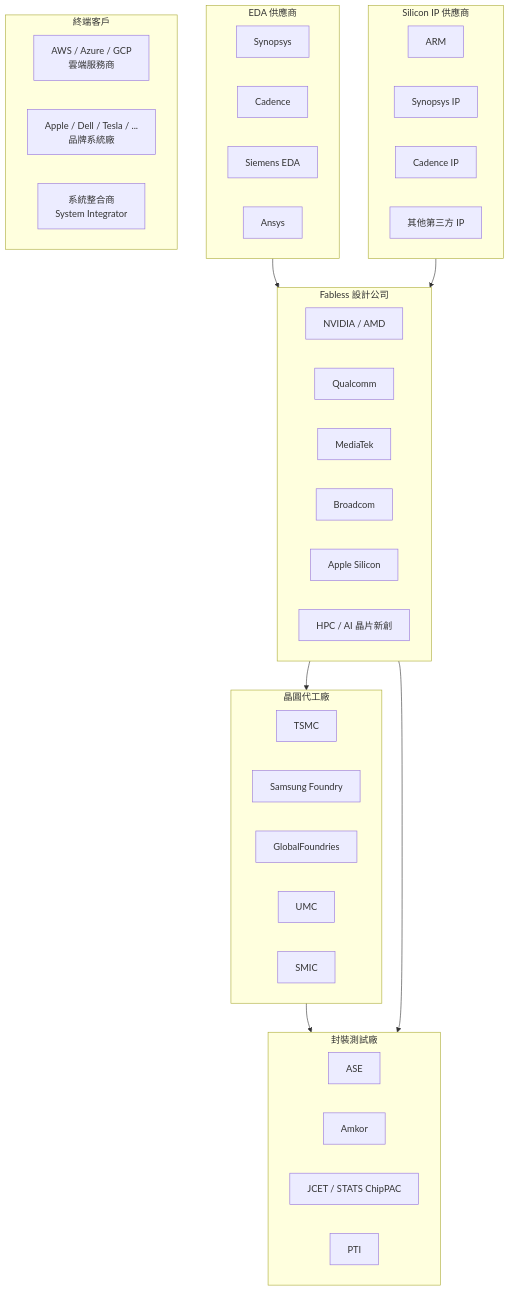
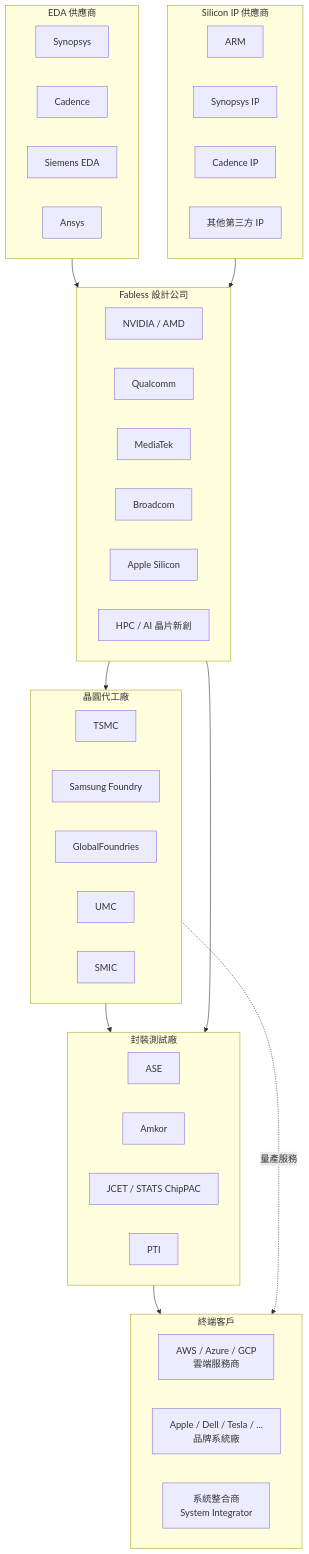
The diagram in README.md (CiCicode/asic-compare), drawn with Mermaid before and after one commit.

````diff
--- a/README.md
+++ b/README.md
@@ -13,52 +13,55 @@
 ```mermaid
 flowchart TB
     subgraph EDA["EDA 供應商"]
         S[Synopsys]
         C[Cadence]
         M[Siemens EDA]
         A[Ansys]
     end
 
     subgraph IP["Silicon IP 供應商"]
         ARM[ARM]
         S_IP[Synopsys IP]
         C_IP[Cadence IP]
         O_IP[其他第三方 IP]
     end
 
     subgraph Fabless["Fabless 設計公司"]
         N[NVIDIA / AMD]
         Q[Qualcomm]
         M_MTK[MediaTek]
         BR[Broadcom]
         AM[Apple Silicon]
         HC[HPC / AI 晶片新創]
     end
 
     subgraph Foundry["晶圓代工廠"]
         TSMC[TSMC]
         S_Foundry[Samsung Foundry]
         GF[GlobalFoundries]
         UMC[UMC]
         SMIC[SMIC]
     end
 
     subgraph OSAT["封裝測試廠"]
         ASE[ASE]
         AMK[Amkor]
         JCET[JCET / STATS ChipPAC]
         PTI[PTI]
     end
 
     EDA --> Fabless
     IP --> Fabless
     Fabless --> Foundry
     Foundry --> OSAT
     Fabless --> OSAT
 
     subgraph Customer["終端客戶"]
         CSP[AWS / Azure / GCP<br/>雲端服務商]
         OEM[Apple / Dell / Tesla / ...<br/>品牌系統廠]
         SI[系統整合商<br/>System Integrator]
     end
+
+    OSAT --> Customer
+    Foundry -.->|量產服務| Customer
 ```
````
